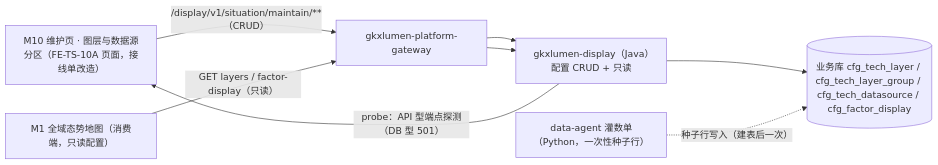
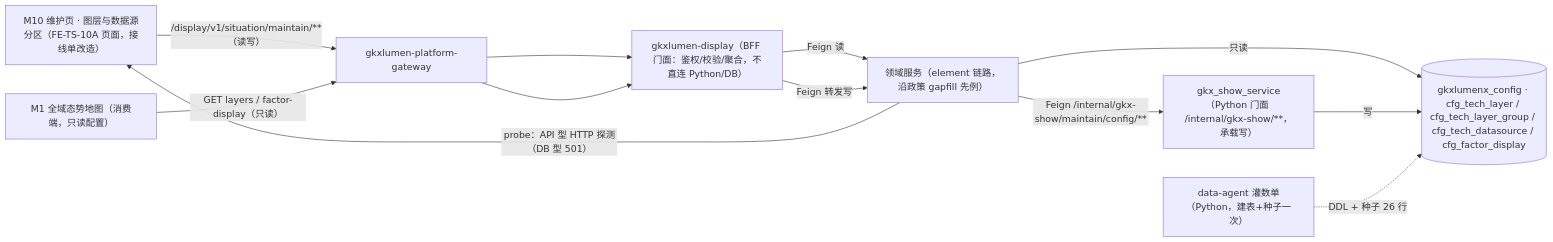
The first of 2 diagrams in agent-delivery/agent-handoffs/科技发展态势-TS/sdd/l2/TS-L2-M10-LAYER-ARCH.md (Marisolebxf/-), drawn with Mermaid before and after one commit. The commit also changed other lines of this file and 9 other files, not shown here.

Commit message:
docs(m10-sdd): 监管人裁定写库全归 Python——四稿退路转正（cfg_* 挪 gkxlumenx_config，写经 /internal/gkx-show/**）+ handoff/WBS/registry 同步 [agent:frontend-agent]

````diff
--- a/agent-delivery/agent-handoffs/科技发展态势-TS/sdd/l2/TS-L2-M10-LAYER-ARCH.md
+++ b/agent-delivery/agent-handoffs/科技发展态势-TS/sdd/l2/TS-L2-M10-LAYER-ARCH.md
@@ -70,14 +70,18 @@
 ```mermaid
 flowchart LR
   fe["M10 维护页 · 图层与数据源分区（FE-TS-10A 页面，接线单改造）"]
   m1["M1 全域态势地图（消费端，只读配置）"]
   gw["gkxlumen-platform-gateway"]
-  bff["gkxlumen-display（Java）配置 CRUD + 只读"]
-  db[(业务库 cfg_tech_layer / cfg_tech_layer_group / cfg_tech_datasource / cfg_factor_display)]
-  py["data-agent 灌数单（Python，一次性种子行）"]
+  bff["gkxlumen-display（BFF 门面：鉴权/校验/聚合，不直连 Python/DB）"]
+  dom["领域服务（element 链路，沿政策 gapfill 先例）"]
+  pysvc["gkx_show_service（Python 门面 /internal/gkx-show/**，承载写）"]
+  db[("gkxlumenx_config · cfg_tech_layer / cfg_tech_layer_group / cfg_tech_datasource / cfg_factor_display")]
+  pyseed["data-agent 灌数单（Python，建表+种子一次）"]
 
-  fe -->|"/display/v1/situation/maintain/**（CRUD）"| gw --> bff --> db
+  fe -->|"/display/v1/situation/maintain/**（读写）"| gw --> bff
   m1 -->|"GET layers / factor-display（只读）"| gw --> bff
-  bff -->|"probe：API 型端点探测（DB 型 501）"| fe
-  py -.->|"种子行写入（建表后一次）"| db
+  bff -->|"Feign 读"| dom -->|"只读"| db
+  bff -->|"Feign 转发写"| dom -->|"Feign /internal/gkx-show/maintain/config/**"| pysvc -->|"写"| db
+  dom -->|"probe：API 型 HTTP 探测（DB 型 501）"| fe
+  pyseed -.->|"DDL + 种子 26 行"| db
 ```
````
